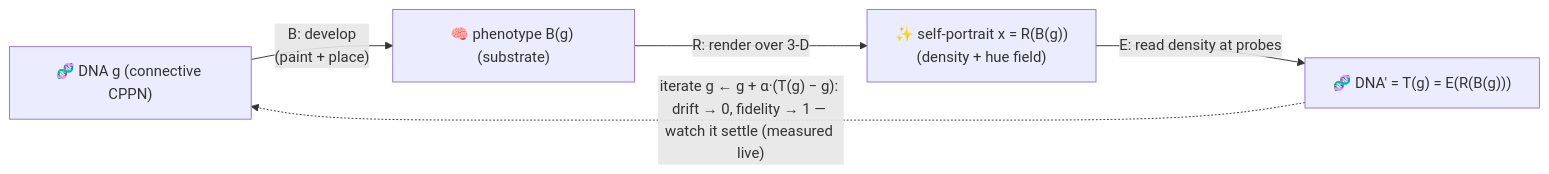
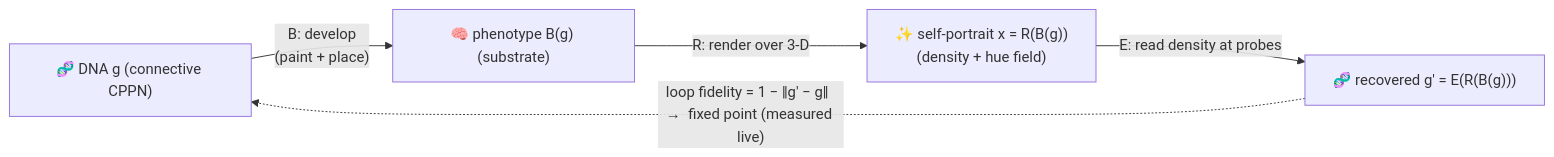
The diagram in docs/WHITEPAPER.md (admiralakber/autograph), drawn with Mermaid before and after one commit. The commit also changed other lines of this file and 2 other files, not shown here.

````diff
--- a/docs/WHITEPAPER.md
+++ b/docs/WHITEPAPER.md
@@ -58,7 +56,7 @@
 ```mermaid
 flowchart LR
   G["🧬 DNA g (connective CPPN)"] -->|"B: develop<br/>(paint + place)"| P["🧠 phenotype B(g) (substrate)"]
   P -->|"R: render over 3-D"| X["✨ self-portrait x = R(B(g))<br/>(density + hue field)"]
-  X -->|"E: read density at probes"| G2["🧬 DNA′ = T(g) = E(R(B(g)))"]
-  G2 -. "iterate g ← g + α·(T(g) − g): drift → 0, fidelity → 1 — watch it settle (measured live)" .-> G
+  X -->|"E: read density at probes"| G2["🧬 recovered g′ = E(R(B(g)))"]
+  G2 -. "loop fidelity = 1 − ‖g′ − g‖  →  fixed point (measured live)" .-> G
 ```
````
